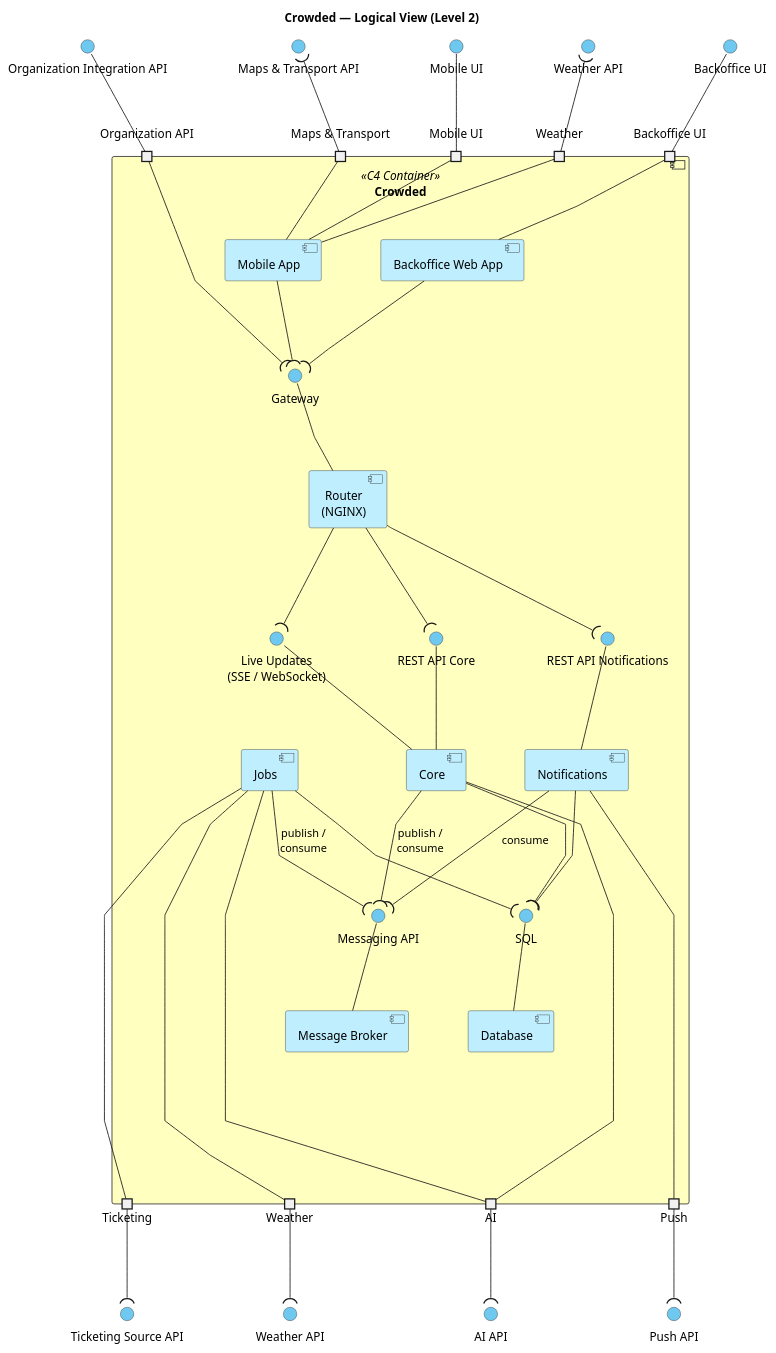
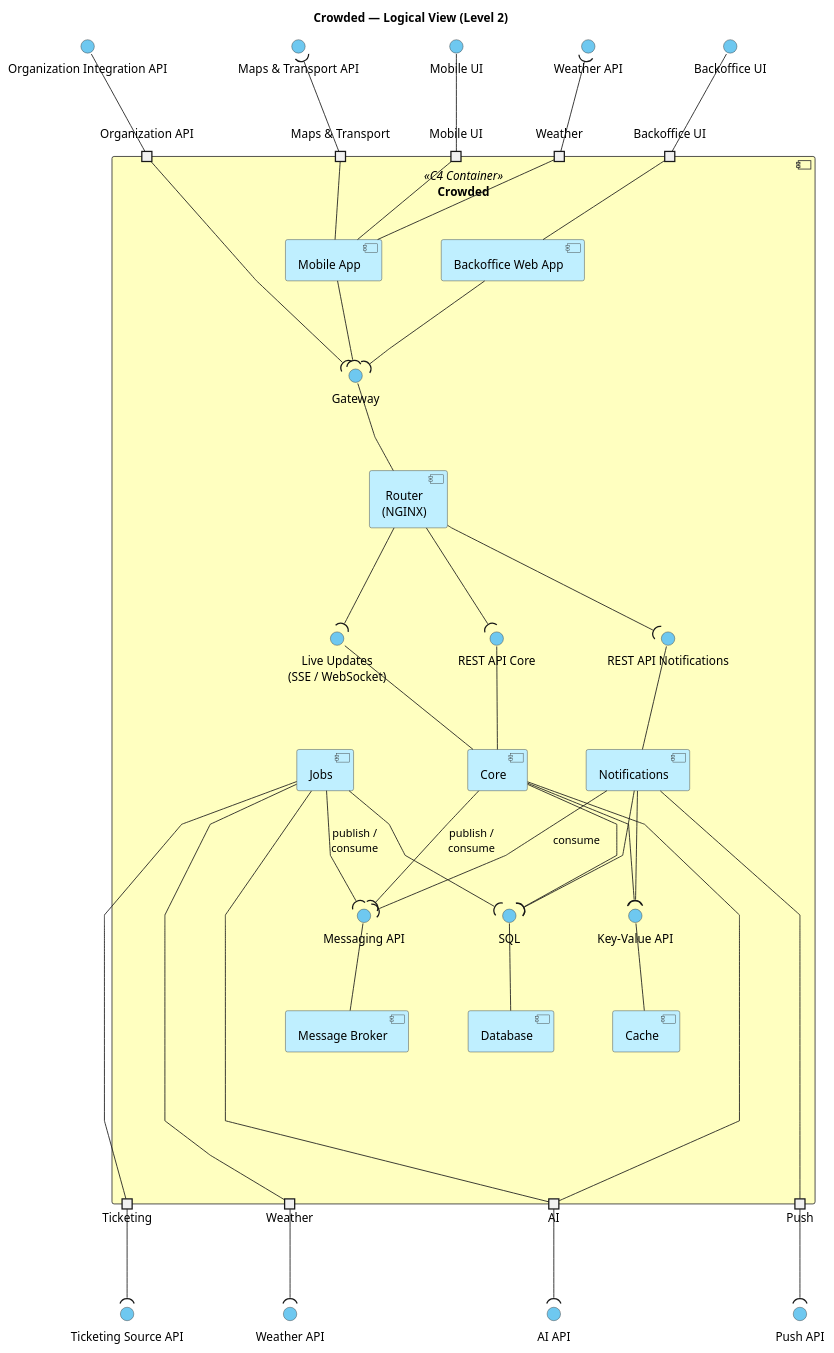
Before and after one commit to andrereis26/crowded-labdsof: the diagram in docs/deliverables/diagrams/logical-view-level-2.puml, drawn with PlantUML. The commit also changed 1 other file, not shown here.

```diff
--- a/docs/deliverables/diagrams/logical-view-level-2.puml
+++ b/docs/deliverables/diagrams/logical-view-level-2.puml
@@ -1,136 +1,145 @@
 @startuml logical-view-level-2
 ' Crowded — Logical View, Level 2 (C4 container view in UML component notation)
 ' Sources: requirements.md (TR-001..TR-005, NFR-001..NFR-008, SR-010..SR-012), domain-model.puml
 
 title Crowded — Logical View (Level 2)
 
 skinparam componentStyle uml2
 skinparam shadowing false
 skinparam defaultTextAlignment center
 skinparam nodesep 70
 skinparam linetype polyline
 skinparam ranksep 80
 
 skinparam component {
   BackgroundColor #BFEFFF
   BorderColor #333333
   BackgroundColor<<C4 Container>> #FFFFC0
   BackgroundColor<<External System>> #EEEEEE
 }
 skinparam interface {
   BackgroundColor #6EC8F0
   BorderColor #333333
 }
 skinparam port {
   BackgroundColor #6EC8F0
   BorderColor #333333
 }
 
 ' ---------------------------------------------------------------------
 ' Actors and external systems
 ' ---------------------------------------------------------------------
 
 
 () "Ticketing Source API" as ITicketing
 () "Maps & Transport API" as IMaps
 () "Weather API" as IWeatherMobile
 () "Weather API" as IWeather
 () "AI API" as IAI
 () "Push API" as IPush
 () "Organization Integration API" as IOrgIntegration
 () "Mobile UI" as MobileUI
 () "Backoffice UI" as BackofficeUI
 
 ' ---------------------------------------------------------------------
 ' Crowded system
 ' ---------------------------------------------------------------------
 component "Crowded" <<C4 Container>> as Crowded {
 
   portin "Mobile UI" as pMobileUI
   portin "Backoffice UI" as pBackofficeUI
   portin "Organization API" as pOrgApi
   portin "Maps & Transport" as pMaps
   portin "Weather" as pMobileWeather
 
   portout "Ticketing" as pTicketing
   portout "Weather" as pWeather
   portout "AI" as pAI
   portout "Push" as pPush
 
   component "Mobile App" as Mobile
   component "Backoffice Web App" as Backoffice
 
   component "Router\n(NGINX)" as Router
   () "Gateway" as IGateway
 
   component "Core" as Core
   () "REST API Core" as ICoreApi
   () "Live Updates\n(SSE / WebSocket)" as ICoreLive
 
   component "Notifications" as Notifications
   () "REST API Notifications" as INotifApi
 
   component "Jobs" as Jobs
 
   component "Message Broker" as Broker
   () "Messaging API" as IMessaging
 
   component "Database" as Database
   () "SQL" as ISql
 
+  component "Cache" as Cache
+  () "Key-Value API" as IKeyValue
+
   ' --- Clients and entry point
   pMobileUI -down- Mobile
   pBackofficeUI -down- Backoffice
   Router -up- IGateway
   Mobile -down-( IGateway
   Backoffice -down-( IGateway
   pOrgApi -down-( IGateway
 
   ' --- Router routes to the public APIs
   Core -up- ICoreApi
   Core -up- ICoreLive
   Notifications -up- INotifApi
   Router -down-( ICoreApi
   Router -down-( ICoreLive
   Router -down-( INotifApi
 
   ' --- Asynchronous messaging
   Broker -up- IMessaging
   Core -down-( IMessaging : publish /\nconsume
   Jobs -down-( IMessaging : publish /\nconsume
   Notifications -down-( IMessaging : consume
 
   ' --- Data
   Database -up- ISql
   Core -down-( ISql
   Jobs -down-( ISql
   Notifications -down-( ISql
 
+  ' --- Cache: token revocation, rate limiting, read cache
+  Cache -up- IKeyValue
+  Core -down-( IKeyValue
+  Notifications -down-( IKeyValue
+
   ' --- Outbound integrations
   Jobs -down---- pTicketing
   Jobs -down---- pWeather
   Core -down---- pAI
   Jobs -down---- pAI
   Notifications -down---- pPush
   Mobile -up- pMaps
   Mobile -up- pMobileWeather
 
   ' --- Layout hints
   Jobs -[hidden]right- Core
   Core -[hidden]right- Notifications
   Broker -[hidden]right- Database
+  Database -[hidden]right- Cache
 }
 
 ' --- Boundary wiring
 pMobileUI -up- MobileUI
 pBackofficeUI -up- BackofficeUI
 pOrgApi -up- IOrgIntegration
 pTicketing -down-( ITicketing
 pWeather -down-( IWeather
 pAI -down-( IAI
 pPush -down-( IPush
 pMaps -up-( IMaps
 pMobileWeather -up-( IWeatherMobile
 
 
 @enduml
```
